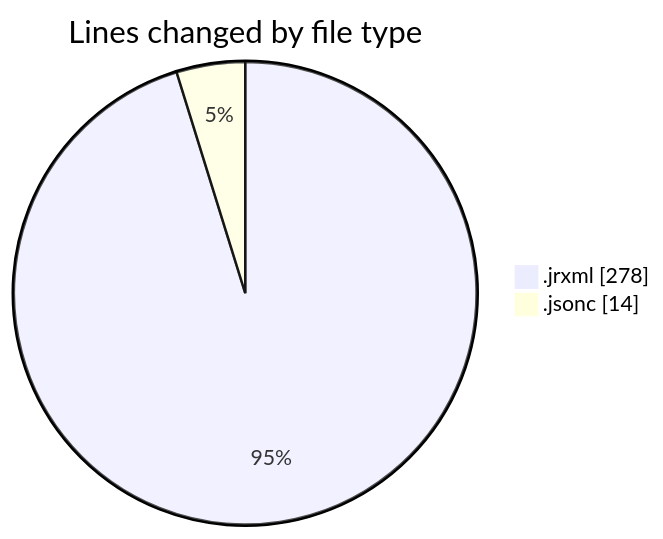
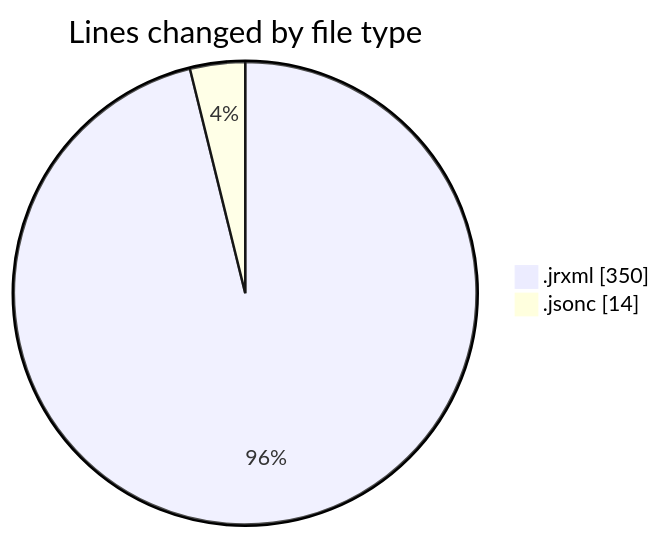
One commit to ricardozamudiocil/code-tracking changed the first of 2 diagrams in 2026-07-09/cilreports__workspace_/README.md. Above: the diagram before and after it, drawn with Mermaid. The commit also changed other lines of this file and 1 other file, not shown here.

````diff
--- a/2026-07-09/cilreports__workspace_/README.md
+++ b/2026-07-09/cilreports__workspace_/README.md
@@ -21,6 +21,6 @@
 ```mermaid
 pie showData
 title Lines changed by file type
-".jrxml" : 278
+".jrxml" : 350
 ".jsonc" : 14
 ```
````
